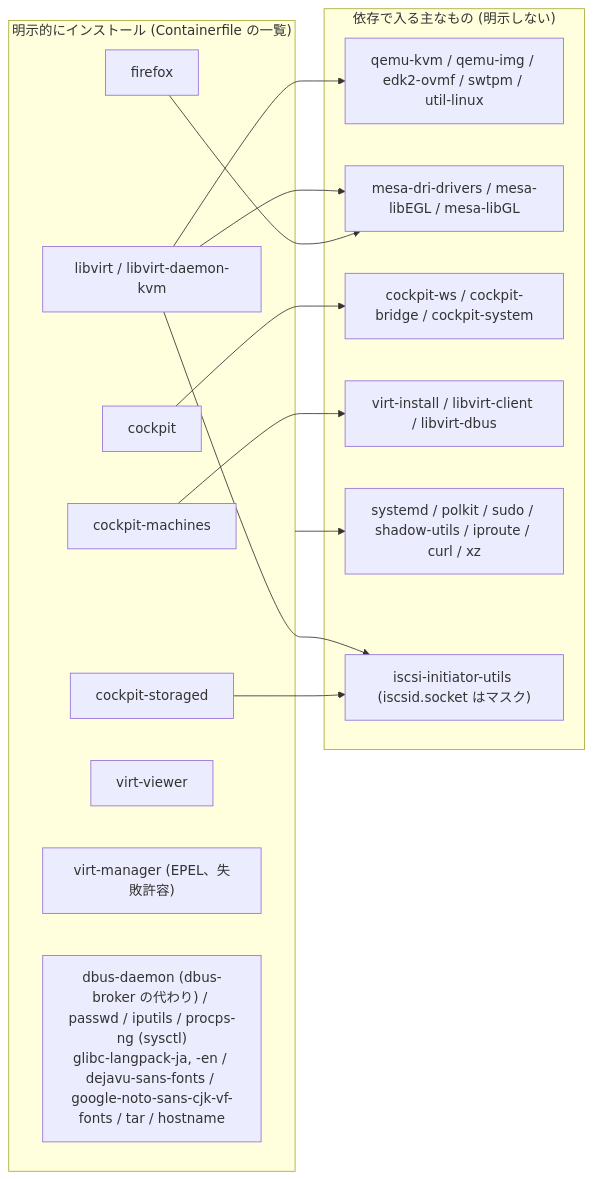
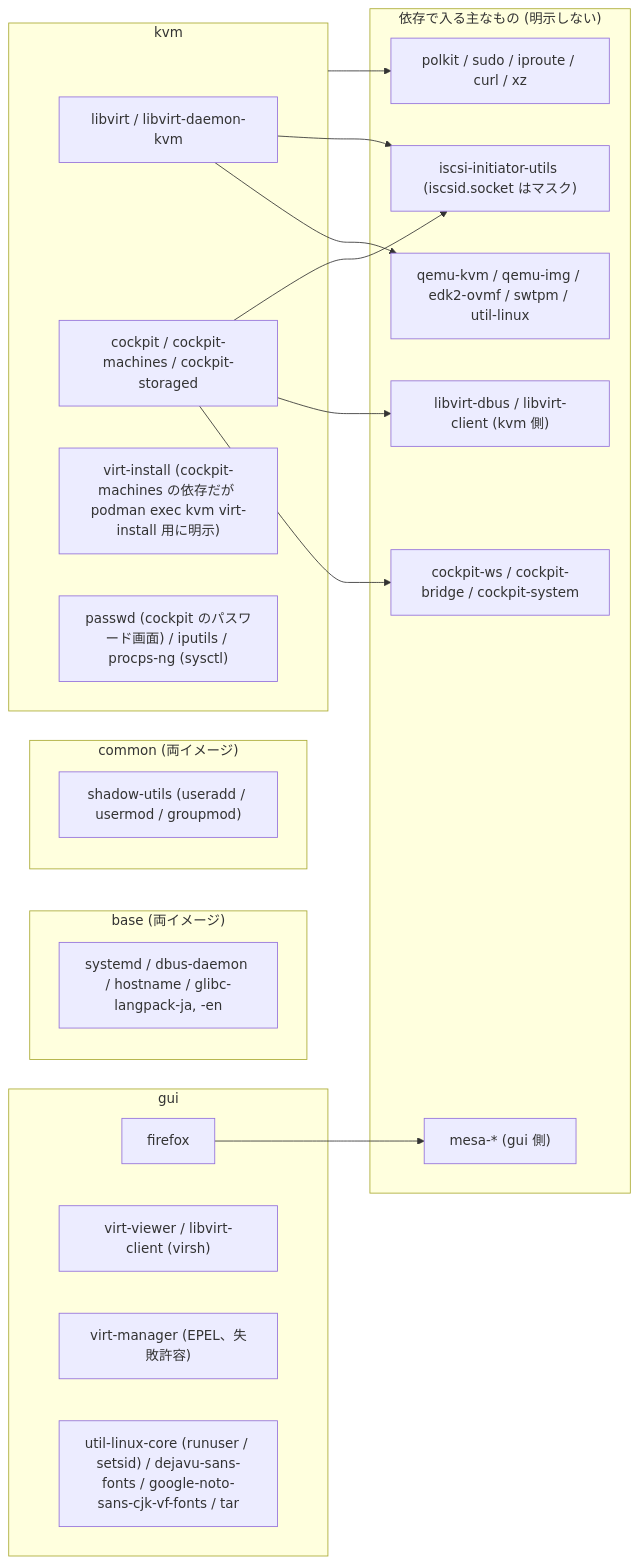
One commit to ryo-aoki-pc/kvm-container changed the fifth of 22 diagrams in docs/SPEC.md. Above: the diagram before and after it, drawn with Mermaid. The commit also changed other lines of this file, not shown here.

First line of the commit message:
docs/SPEC.md を 2 コンテナ構成 (kvm + kvm-gui) に合わせて全面更新する

````diff
--- a/docs/SPEC.md
+++ b/docs/SPEC.md
@@ -261,29 +319,36 @@
 ```mermaid
 flowchart LR
-  subgraph explicit ["明示的にインストール (Containerfile の一覧)"]
-    ldk["libvirt / libvirt-daemon-kvm"]
-    ck["cockpit"]
-    ckm["cockpit-machines"]
-    cks["cockpit-storaged"]
-    ff["firefox"]
-    vv["virt-viewer"]
-    vm["virt-manager (EPEL、失敗許容)"]
-    misc["dbus-daemon (dbus-broker の代わり) / passwd / iputils / procps-ng (sysctl)<br/>glibc-langpack-ja, -en / dejavu-sans-fonts / google-noto-sans-cjk-vf-fonts / tar / hostname"]
+  subgraph base ["base (両イメージ)"]
+    b1["systemd / dbus-daemon / hostname / glibc-langpack-ja, -en"]
+  end
+  subgraph common ["common (両イメージ)"]
+    c1["shadow-utils (useradd / usermod / groupmod)"]
+  end
+  subgraph kvm ["kvm"]
+    k1["libvirt / libvirt-daemon-kvm"]
+    k2["cockpit / cockpit-machines / cockpit-storaged"]
+    k3["virt-install (cockpit-machines の依存だが podman exec kvm virt-install 用に明示)"]
+    k4["passwd (cockpit のパスワード画面) / iputils / procps-ng (sysctl)"]
+  end
+  subgraph gui ["gui"]
+    g1["firefox"]
+    g2["virt-viewer / libvirt-client (virsh)"]
+    g3["virt-manager (EPEL、失敗許容)"]
+    g4["util-linux-core (runuser / setsid) / dejavu-sans-fonts / google-noto-sans-cjk-vf-fonts / tar"]
   end
   subgraph deps ["依存で入る主なもの (明示しない)"]
     qemu["qemu-kvm / qemu-img / edk2-ovmf / swtpm / util-linux"]
-    mesa["mesa-dri-drivers / mesa-libEGL / mesa-libGL"]
     ckw["cockpit-ws / cockpit-bridge / cockpit-system"]
-    vi["virt-install / libvirt-client / libvirt-dbus"]
-    base["systemd / polkit / sudo / shadow-utils / iproute / curl / xz"]
+    dbus["libvirt-dbus / libvirt-client (kvm 側)"]
+    pol["polkit / sudo / iproute / curl / xz"]
     iscsi["iscsi-initiator-utils (iscsid.socket はマスク)"]
+    mesa["mesa-* (gui 側)"]
   end
-  ldk --> qemu
-  ldk --> mesa
-  ldk --> iscsi
-  ck --> ckw
-  ckm --> vi
-  ff --> mesa
-  cks --> iscsi
-  explicit --> base
+  k1 --> qemu
+  k1 --> iscsi
+  k2 --> ckw
+  k2 --> dbus
+  k2 --> iscsi
+  kvm --> pol
+  g1 --> mesa
 ```
````
